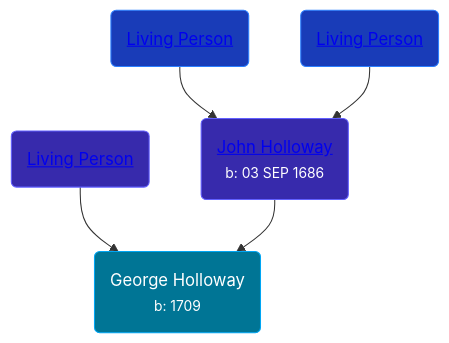
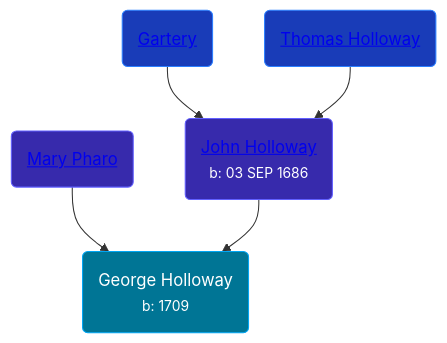
Before and after one commit to wpmgotkh/wpmgotkh.github.io: the diagram in pages/people/3/36728768.md, drawn with Mermaid. The commit also changed other lines of this file and 586 other files, not shown here.

Commit message:
feat: better shouldConsiderPersonLiving algo

````diff
--- a/pages/people/3/36728768.md
+++ b/pages/people/3/36728768.md
@@ -10,11 +10,11 @@
 ```mermaid
 graph
 classDef grands fill:#193cb8,stroke:#2b7fff,stroke-width:1px,color:#fff;
 classDef parents fill:#372aac,stroke:#615fff,stroke-width:1px,color:#fff;
 classDef primary fill:#007595,stroke:#00a6f4,stroke-width:1px,color:#fff;
 36728768(George Holloway<br /><small>b: 1709</small>):::primary
-54110711(<a class="text-white" href="/people/5/54110711">Living Person</a>):::parents-->36728768
+54110711(<a class="text-white" href="/people/5/54110711">Mary Pharo</a>):::parents-->36728768
 96991309(<a class="text-white" href="/people/9/96991309">John Holloway</a><br /><small>b: 03 SEP 1686</small>):::parents-->36728768
-50554084(<a class="text-white" href="/people/5/50554084">Living Person</a>):::grands-->96991309
-99720622(<a class="text-white" href="/people/9/99720622">Living Person</a>):::grands-->96991309
+50554084(<a class="text-white" href="/people/5/50554084">Gartery</a>):::grands-->96991309
+99720622(<a class="text-white" href="/people/9/99720622">Thomas Holloway</a>):::grands-->96991309
 ```
````
